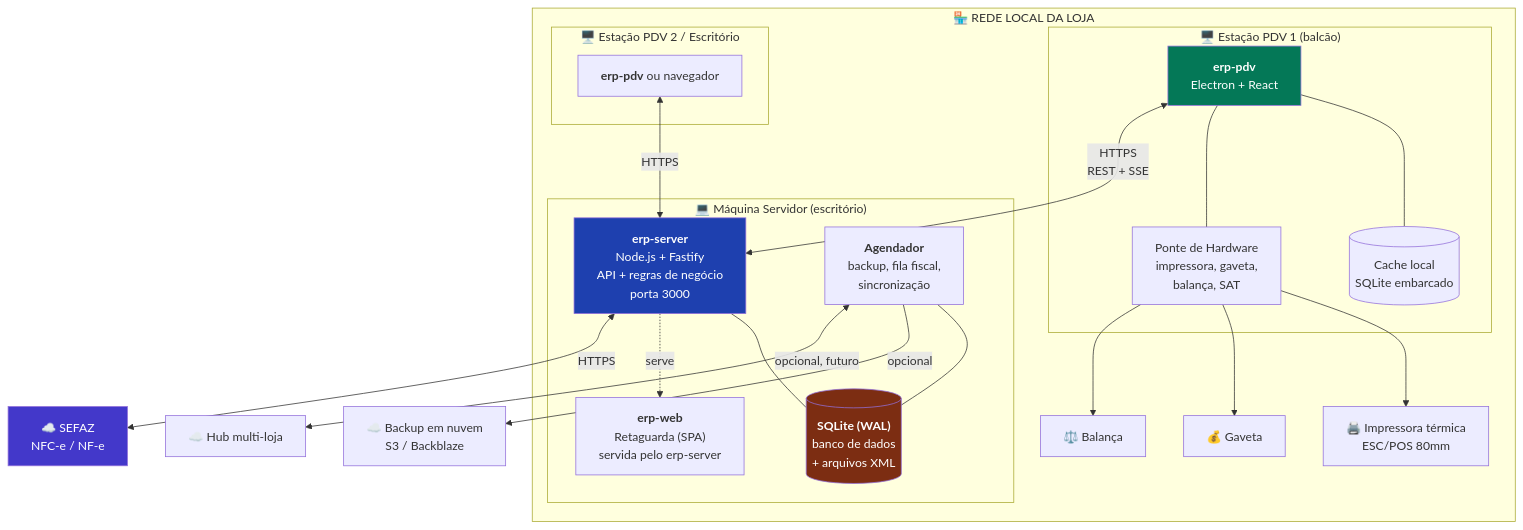
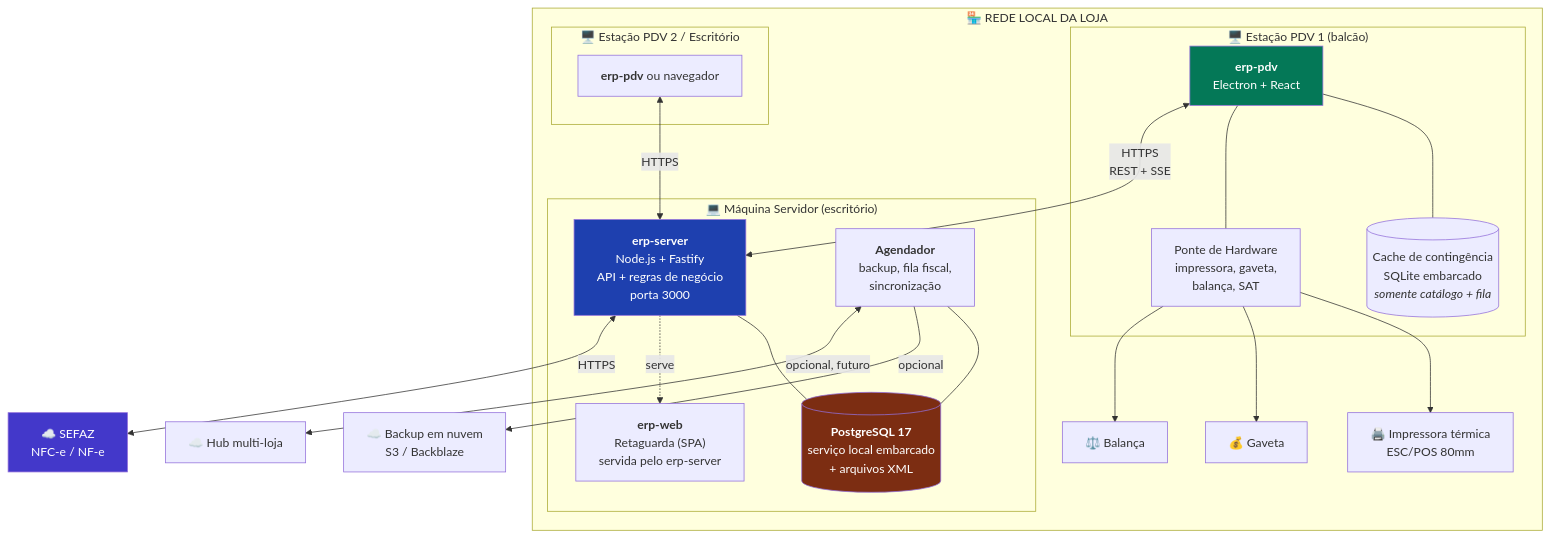
One commit to brilhatex-dotcom/erp-pdv changed the second of 17 diagrams in docs/ARQUITETURA.md. Above: the diagram before and after it, drawn with Mermaid. The commit also changed other lines of this file and 1 other file, not shown here.

````diff
--- a/docs/ARQUITETURA.md
+++ b/docs/ARQUITETURA.md
@@ -172,41 +180,41 @@
 ```mermaid
 graph TB
     subgraph LOJA["🏪 REDE LOCAL DA LOJA"]
         subgraph SRV["💻 Máquina Servidor (escritório)"]
             API["<b>erp-server</b><br/>Node.js + Fastify<br/>API + regras de negócio<br/>porta 3000"]
-            DB[("<b>SQLite (WAL)</b><br/>banco de dados<br/>+ arquivos XML")]
+            DB[("<b>PostgreSQL 17</b><br/>serviço local embarcado<br/>+ arquivos XML")]
             JOBS["<b>Agendador</b><br/>backup, fila fiscal,<br/>sincronização"]
             WEB["<b>erp-web</b><br/>Retaguarda (SPA)<br/>servida pelo erp-server"]
             API --- DB
             JOBS --- DB
             API -.serve.-> WEB
         end
 
         subgraph EST1["🖥️ Estação PDV 1 (balcão)"]
             PDV1["<b>erp-pdv</b><br/>Electron + React"]
-            LOCAL1[("Cache local<br/>SQLite embarcado")]
+            LOCAL1[("Cache de contingência<br/>SQLite embarcado<br/><i>somente catálogo + fila</i>")]
             HW1["Ponte de Hardware<br/>impressora, gaveta,<br/>balança, SAT"]
             PDV1 --- LOCAL1
             PDV1 --- HW1
         end
 
         subgraph EST2["🖥️ Estação PDV 2 / Escritório"]
             PDV2["<b>erp-pdv</b> ou navegador"]
         end
 
         PDV1 <-->|"HTTPS<br/>REST + SSE"| API
         PDV2 <-->|HTTPS| API
         HW1 --> IMP["🖨️ Impressora térmica<br/>ESC/POS 80mm"]
         HW1 --> GAV["💰 Gaveta"]
         HW1 --> BAL["⚖️ Balança"]
     end
 
     API <-->|HTTPS| SEFAZ["☁️ SEFAZ<br/>NFC-e / NF-e"]
     JOBS -->|opcional| NUVEM["☁️ Backup em nuvem<br/>S3 / Backblaze"]
     JOBS <-->|opcional, futuro| HUB["☁️ Hub multi-loja"]
 
     style API fill:#1e40af,color:#fff
     style PDV1 fill:#047857,color:#fff
     style DB fill:#7c2d12,color:#fff
     style SEFAZ fill:#4338ca,color:#fff
 ```
````
